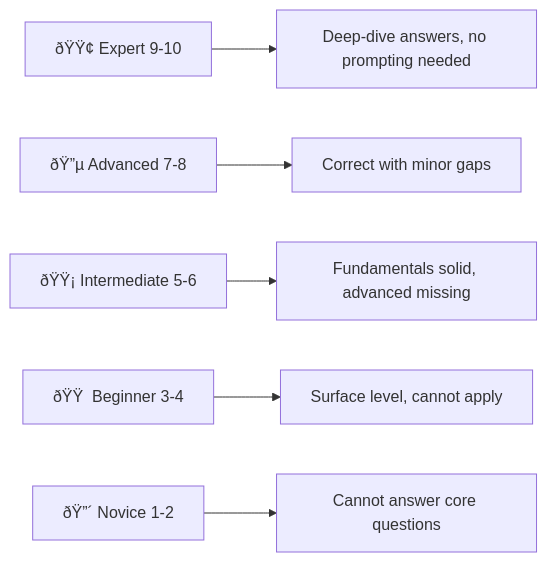
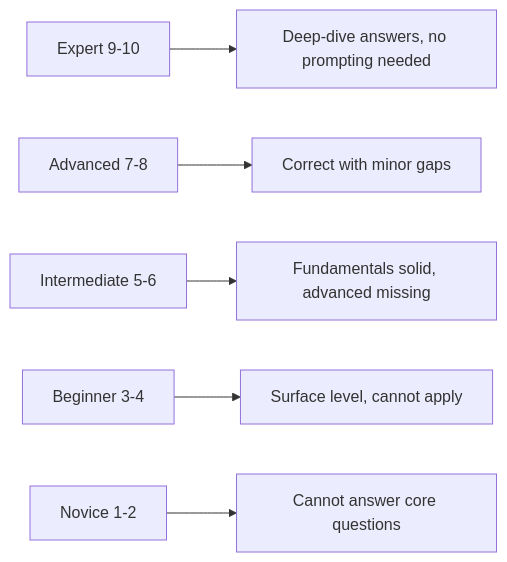
The fourth of 4 diagrams in README.md (Saineelareddy/Catalyst_deccan_ai_snr), drawn with Mermaid before and after one commit. The commit also changed other lines of this file, not shown here.

````diff
--- a/README.md
+++ b/README.md
@@ -244,8 +233,8 @@
 ```mermaid
 graph LR
-    A[ðŸŸ¢ Expert 9-10] --> B[Deep-dive answers, no prompting needed]
-    C[ðŸ”µ Advanced 7-8] --> D[Correct with minor gaps]
-    E[ðŸŸ¡ Intermediate 5-6] --> F[Fundamentals solid, advanced missing]
-    G[ðŸŸ  Beginner 3-4] --> H[Surface level, cannot apply]
-    I[ðŸ”´ Novice 1-2] --> J[Cannot answer core questions]
+    A[Expert 9-10] --> B[Deep-dive answers, no prompting needed]
+    C[Advanced 7-8] --> D[Correct with minor gaps]
+    E[Intermediate 5-6] --> F[Fundamentals solid, advanced missing]
+    G[Beginner 3-4] --> H[Surface level, cannot apply]
+    I[Novice 1-2] --> J[Cannot answer core questions]
 ```
````
